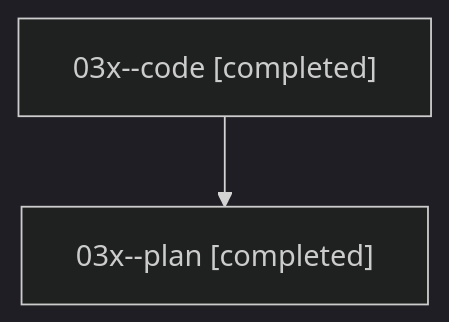
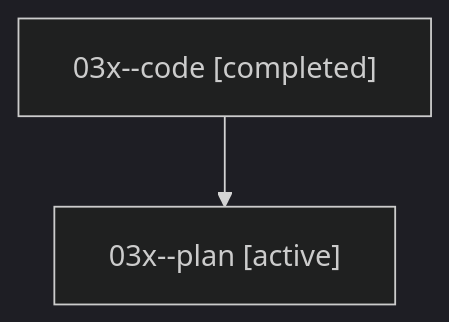
The diagram in families/bbugyi200.athena.03x.md (sase-org/sase--agents), drawn with Mermaid (dark theme) before and after one commit. The commit also changed other lines of this file and 35830 other files, not shown here.

````diff
--- a/families/bbugyi200.athena.03x.md
+++ b/families/bbugyi200.athena.03x.md
@@ -9,6 +9,6 @@
 ```mermaid
 flowchart TD
   n0["03x--code [completed]"]
-  n1["03x--plan [completed]"]
+  n1["03x--plan [active]"]
   n0 --> n1
 ```
````
